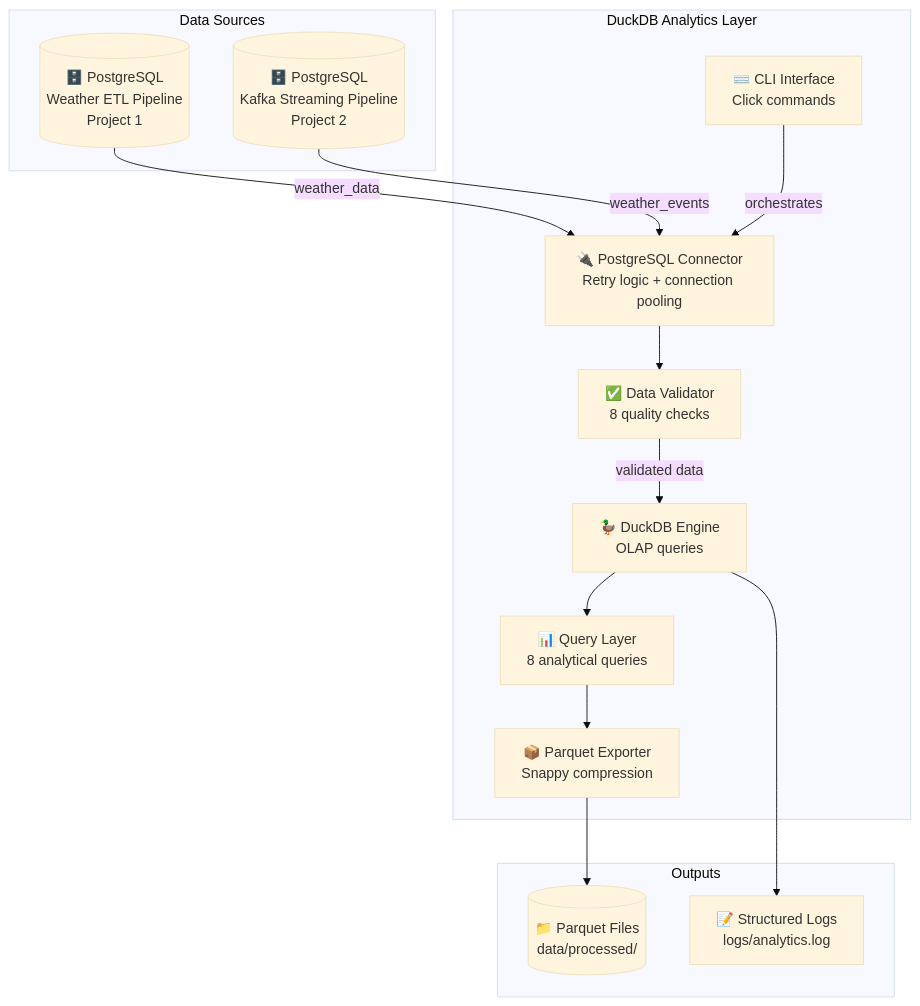
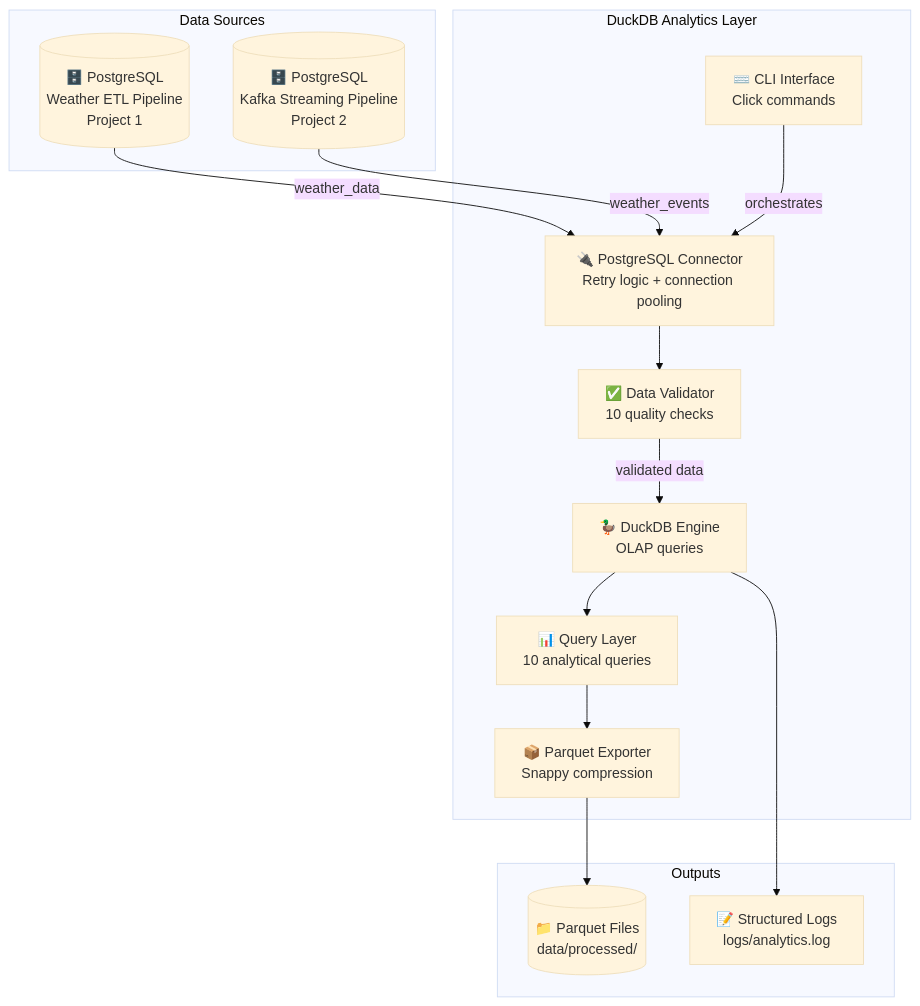
The diagram in README.md (OjongBessongNKONGHO/duckdb-analytics), drawn with Mermaid (base theme) before and after one commit. The commit also changed other lines of this file, not shown here.

Commit message:
docs: update README to reflect 10 OLAP queries

````diff
--- a/README.md
+++ b/README.md
@@ -18,31 +18,31 @@
 ```mermaid
 flowchart TD
     subgraph Data Sources
         PG1[(🗄️ PostgreSQL\nWeather ETL Pipeline\nProject 1)]
         PG2[(🗄️ PostgreSQL\nKafka Streaming Pipeline\nProject 2)]
     end
 
     subgraph DuckDB Analytics Layer
         CONN[🔌 PostgreSQL Connector\nRetry logic + connection pooling]
-        VAL[✅ Data Validator\n8 quality checks]
+        VAL[✅ Data Validator\n10 quality checks]
         DUCK[🦆 DuckDB Engine\nOLAP queries]
-        QUERY[📊 Query Layer\n8 analytical queries]
+        QUERY[📊 Query Layer\n10 analytical queries]
         EXP[📦 Parquet Exporter\nSnappy compression]
         CLI[⌨️ CLI Interface\nClick commands]
     end
 
     subgraph Outputs
         PARQUET[(📁 Parquet Files\ndata/processed/)]
         LOGS[📝 Structured Logs\nlogs/analytics.log]
     end
 
     PG1 -->|weather_data| CONN
     PG2 -->|weather_events| CONN
     CONN --> VAL
     VAL -->|validated data| DUCK
     DUCK --> QUERY
     QUERY --> EXP
     EXP --> PARQUET
     CLI -->|orchestrates| CONN
     DUCK --> LOGS
 ```
````
